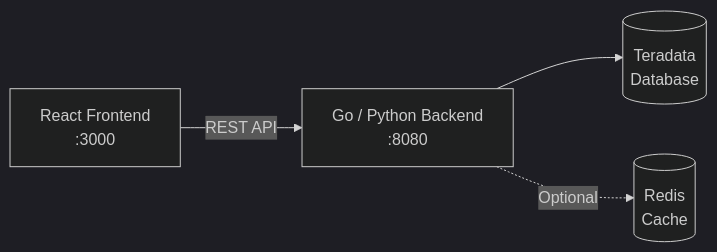
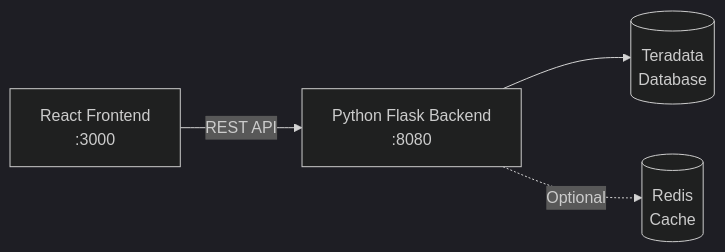
The diagram in README.md (dtehan/lineage), drawn with Mermaid (dark theme) before and after one commit. The commit also changed other lines of this file and 4 other files, not shown here.

````diff
--- a/README.md
+++ b/README.md
@@ -88,6 +87,6 @@
 ```mermaid
 graph LR
-    A[React Frontend<br/>:3000] -->|REST API| B[Go / Python Backend<br/>:8080]
+    A[React Frontend<br/>:3000] -->|REST API| B[Python Flask Backend<br/>:8080]
     B --> C[(Teradata<br/>Database)]
     B -.->|Optional| D[(Redis<br/>Cache)]
 ```
````
